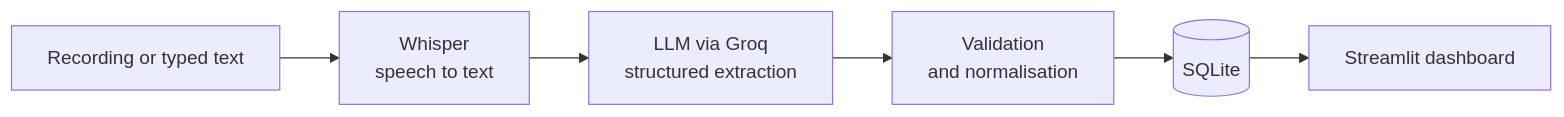
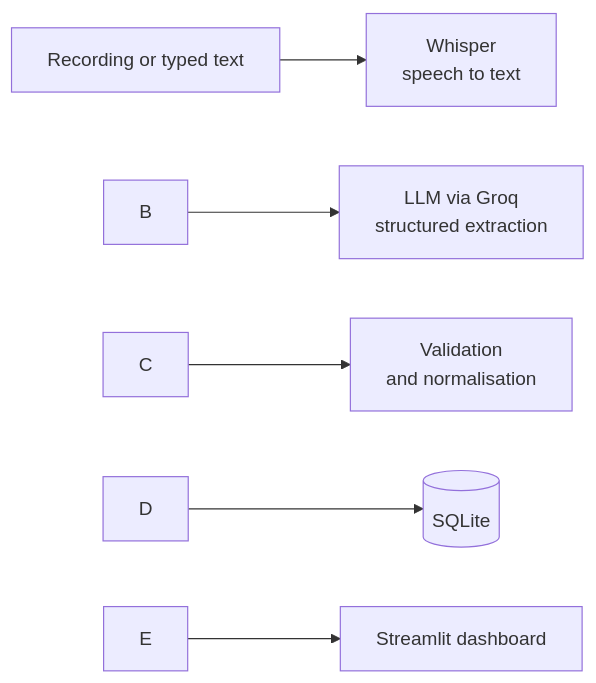
The diagram in README.md (alekhya-puvvadi/ai-reception-lead-agent), drawn with Mermaid before and after one commit. The commit also changed other lines of this file, not shown here.

````diff
--- a/README.md
+++ b/README.md
@@ -19,8 +19,8 @@
 ```mermaid
 flowchart LR
-    A[Recording or typed text] --> B[Whisper<br/>speech to text]
-    B --> C[LLM via Groq<br/>structured extraction]
-    C --> D[Validation<br/>and normalisation]
-    D --> E[(SQLite)]
-    E --> F[Streamlit dashboard]
+    A\[Recording or typed text] --> B\[Whisper<br/>speech to text]
+    B --> C\[LLM via Groq<br/>structured extraction]
+    C --> D\[Validation<br/>and normalisation]
+    D --> E\[(SQLite)]
+    E --> F\[Streamlit dashboard]
 ```
````
